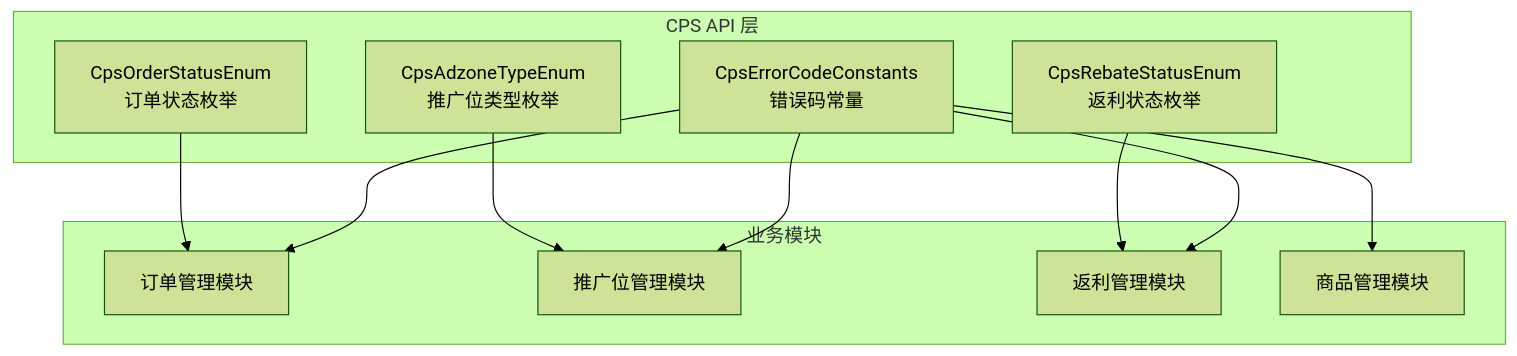
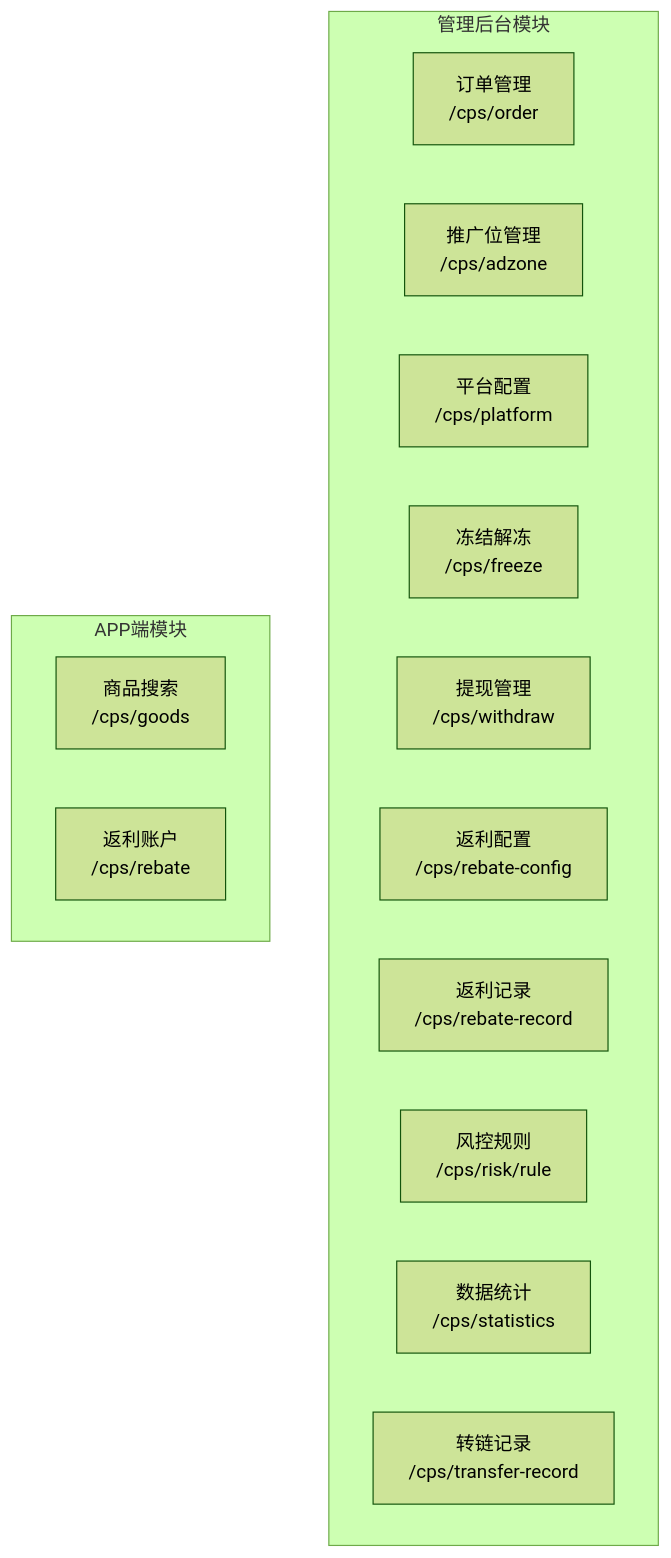
Before and after one commit to zhuangpengLI/AgenticCPS: the diagram in .qoder/repowiki/zh/content/API 接口文档/管理后台 API/CPS 业务管理 API.md, drawn with Mermaid (forest theme). The commit also changed other lines of this file and 13 other files, not shown here.

````diff
--- a/.qoder/repowiki/zh/content/API 接口文档/管理后台 API/CPS 业务管理 API.md
+++ b/.qoder/repowiki/zh/content/API 接口文档/管理后台 API/CPS 业务管理 API.md
@@ -29,22 +69,19 @@
 ```mermaid
 graph TB
-subgraph "CPS API 层"
-E1["CpsOrderStatusEnum<br/>订单状态枚举"]
-E2["CpsRebateStatusEnum<br/>返利状态枚举"]
-E3["CpsAdzoneTypeEnum<br/>推广位类型枚举"]
-E4["CpsErrorCodeConstants<br/>错误码常量"]
+subgraph "管理后台模块"
+A["订单管理<br/>/cps/order"]
+B["推广位管理<br/>/cps/adzone"]
+C["平台配置<br/>/cps/platform"]
+D["冻结解冻<br/>/cps/freeze"]
+E["提现管理<br/>/cps/withdraw"]
+F["返利配置<br/>/cps/rebate-config"]
+G["返利记录<br/>/cps/rebate-record"]
+H["风控规则<br/>/cps/risk/rule"]
+I["数据统计<br/>/cps/statistics"]
+J["转链记录<br/>/cps/transfer-record"]
 end
-subgraph "业务模块"
-M1["订单管理模块"]
-M2["推广位管理模块"]
-M3["返利管理模块"]
-M4["商品管理模块"]
+subgraph "APP端模块"
+K["商品搜索<br/>/cps/goods"]
+L["返利账户<br/>/cps/rebate"]
 end
-E1 --> M1
-E2 --> M3
-E3 --> M2
-E4 --> M1
-E4 --> M2
-E4 --> M3
-E4 --> M4
 ```
````
